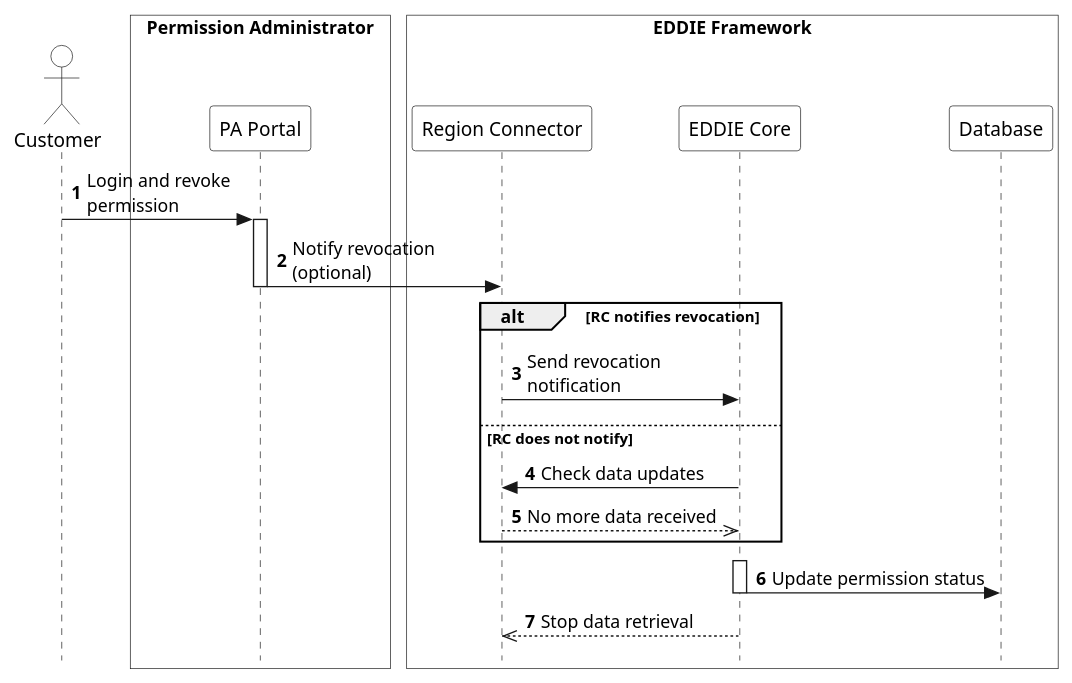
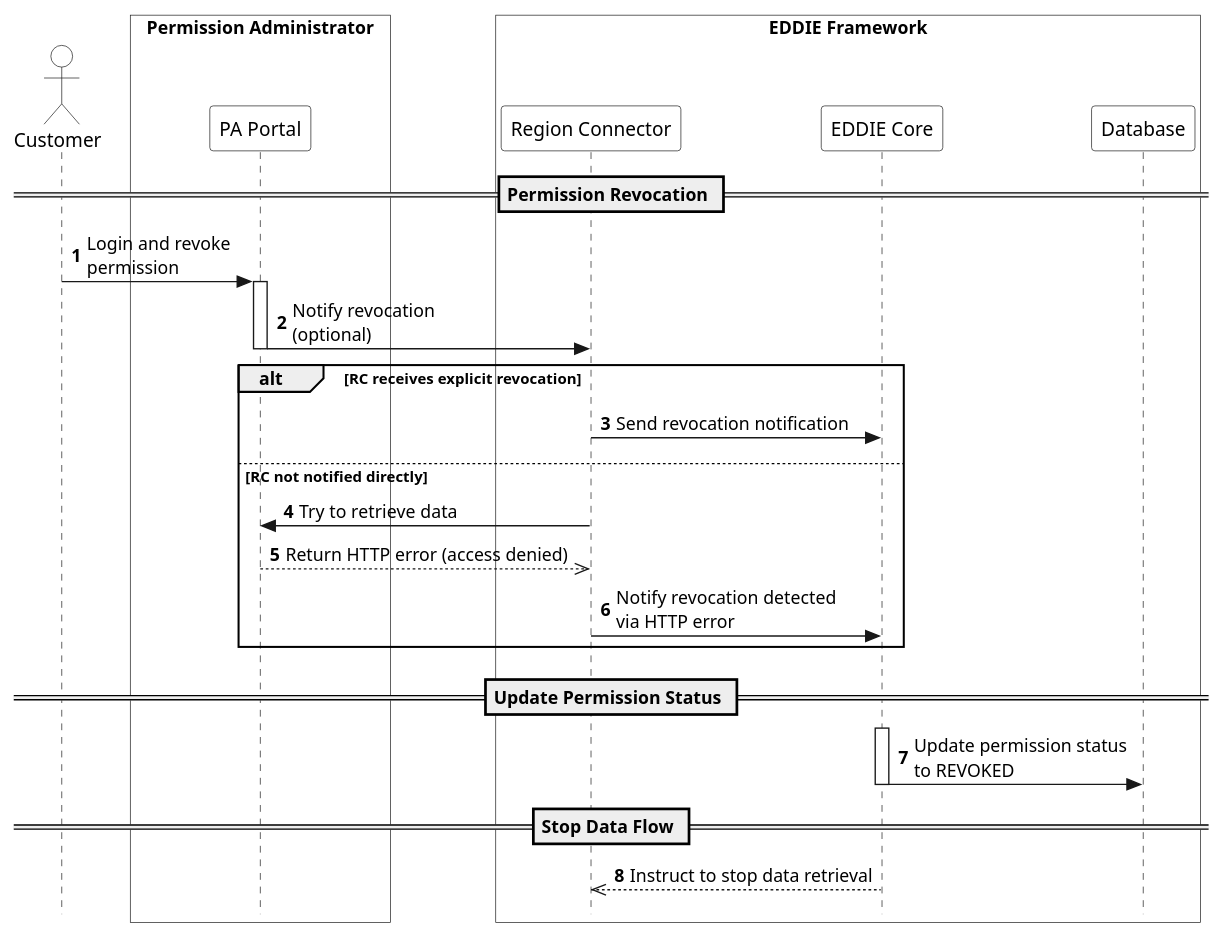
Before and after one commit to eddie-energy/architecture: the diagram in arc42/eddie-framework/runtime-view/figures/eddie-framework-revoke-permission.puml, drawn with PlantUML. The commit also changed 4 other files, not shown here.

Commit message:
Part of #126: Fixed workflows of revoking permissions and collecting data via HTTP.

```diff
--- a/arc42/eddie-framework/runtime-view/figures/eddie-framework-revoke-permission.puml
+++ b/arc42/eddie-framework/runtime-view/figures/eddie-framework-revoke-permission.puml
@@ -1,41 +1,45 @@
 @startuml eddie-framework-revoke-permission
 
 skinparam style strictuml
 skinparam sequence {
   ParticipantBackgroundColor transparent
   ActorBackgroundColor transparent
 }
 
 autonumber
 !pragma teoz true
 
 actor "Customer" as customer
 box "Permission Administrator" #transparent
   participant "PA Portal" as paPortal
 end box
 
 box "EDDIE Framework" #transparent
   participant "Region Connector" as rc
   participant "EDDIE Core" as eddie
   participant "Database" as db
 end box
 
+== Permission Revocation ==
 customer -> paPortal : Login and revoke\npermission
 activate paPortal
 paPortal -> rc : Notify revocation\n(optional)
 deactivate paPortal
 
-alt RC notifies revocation
-  rc -> eddie : Send revocation\nnotification
-else RC does not notify
-  eddie -> rc : Check data updates
-  rc -->> eddie : No more data received
+alt RC receives explicit revocation
+  rc -> eddie : Send revocation notification
+else RC not notified directly
+  rc -> paPortal : Try to retrieve data
+  paPortal -->> rc : Return HTTP error (access denied)
+  rc -> eddie : Notify revocation detected\nvia HTTP error
 end
 
+== Update Permission Status ==
 activate eddie
-eddie -> db : Update permission status
+eddie -> db : Update permission status\nto REVOKED
 deactivate eddie
 
-eddie -->> rc : Stop data retrieval
+== Stop Data Flow ==
+eddie -->> rc : Instruct to stop data retrieval
 
 @enduml
```
